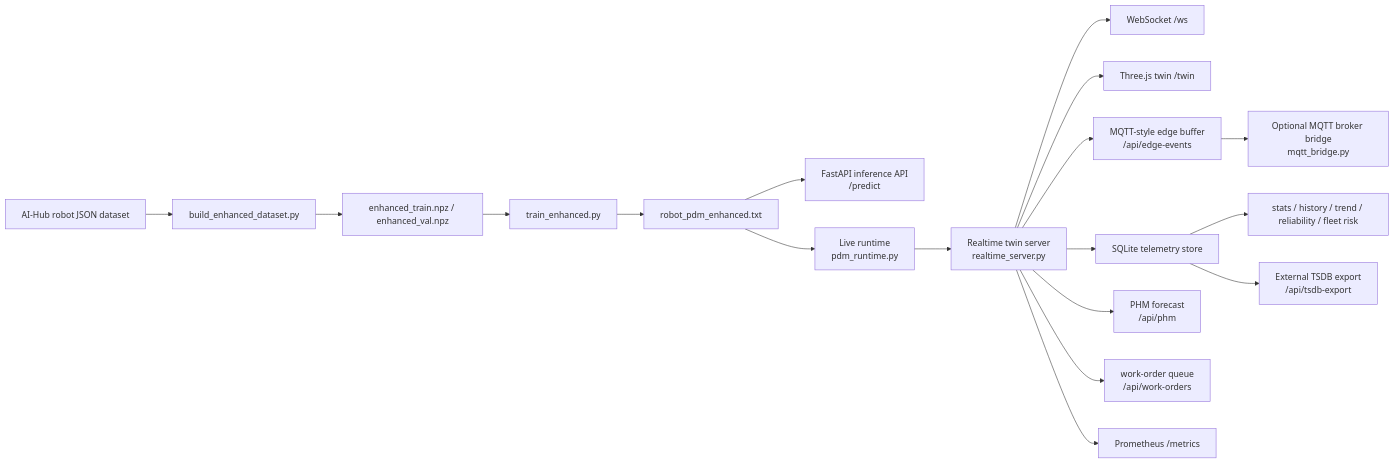
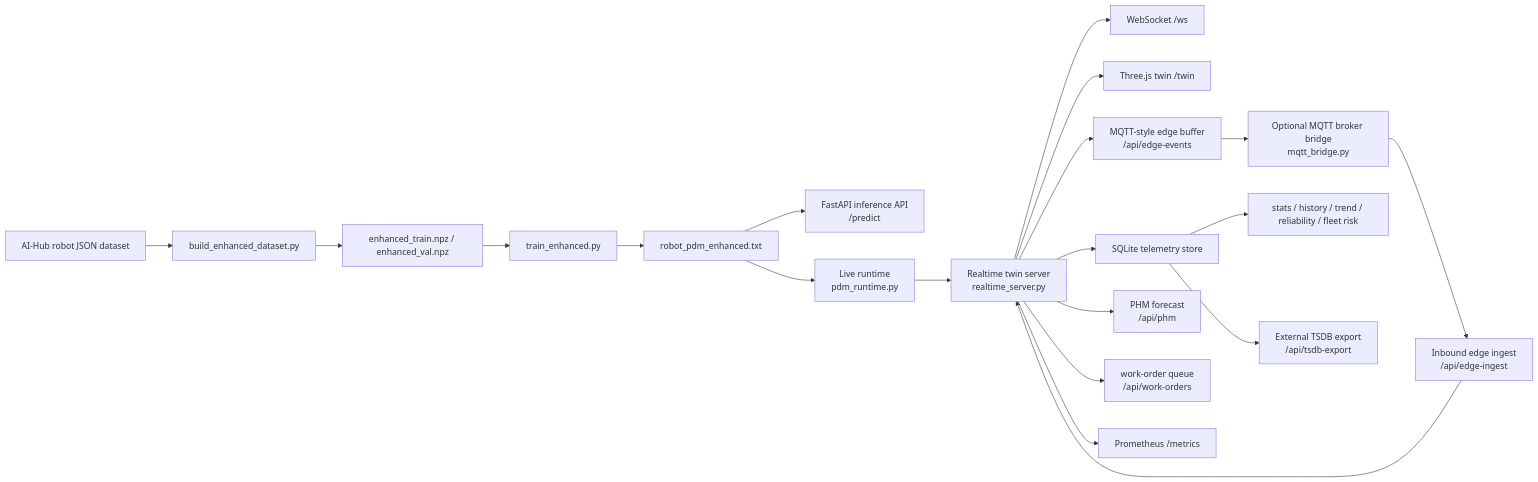
The diagram in README.md (JuHyeon-Nam/ServiceRobot_AI), drawn with Mermaid before and after one commit. The commit also changed other lines of this file and 8 other files, not shown here.

Commit message:
feat(edge): add mqtt-fed replay ingest

````diff
--- a/README.md
+++ b/README.md
@@ -73,20 +73,22 @@
 ```mermaid
 flowchart LR
     raw["AI-Hub robot JSON dataset"] --> build["build_enhanced_dataset.py"]
     build --> trainset["enhanced_train.npz / enhanced_val.npz"]
     trainset --> train["train_enhanced.py"]
     train --> model["robot_pdm_enhanced.txt"]
     model --> api["FastAPI inference API<br/>/predict"]
     model --> runtime["Live runtime<br/>pdm_runtime.py"]
     runtime --> twin["Realtime twin server<br/>realtime_server.py"]
     twin --> ws["WebSocket /ws"]
     twin --> ui["Three.js twin /twin"]
     twin --> edge["MQTT-style edge buffer<br/>/api/edge-events"]
     edge --> broker["Optional MQTT broker bridge<br/>mqtt_bridge.py"]
+    broker --> ingest["Inbound edge ingest<br/>/api/edge-ingest"]
+    ingest --> twin
     twin --> store["SQLite telemetry store"]
     store --> ops["stats / history / trend / reliability / fleet risk"]
     store --> tsdb["External TSDB export<br/>/api/tsdb-export"]
     twin --> phm["PHM forecast<br/>/api/phm"]
     twin --> work["work-order queue<br/>/api/work-orders"]
     twin --> metrics["Prometheus /metrics"]
 ```
````
